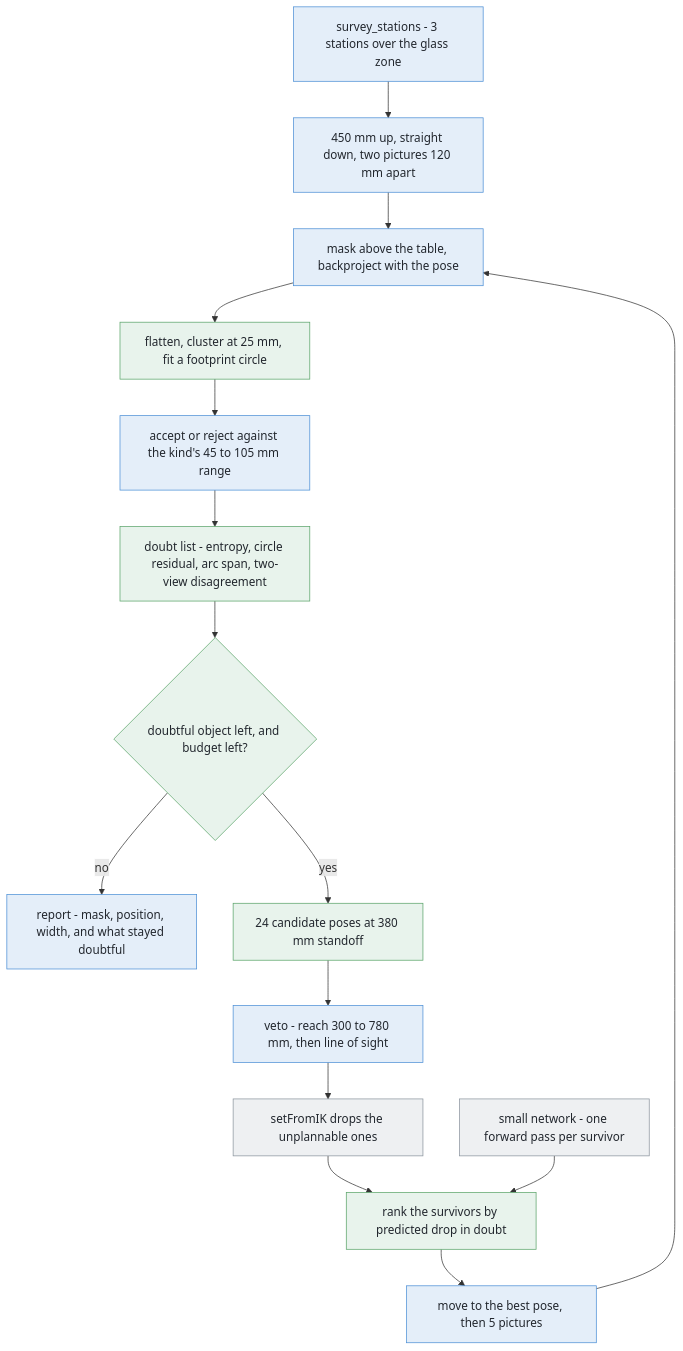
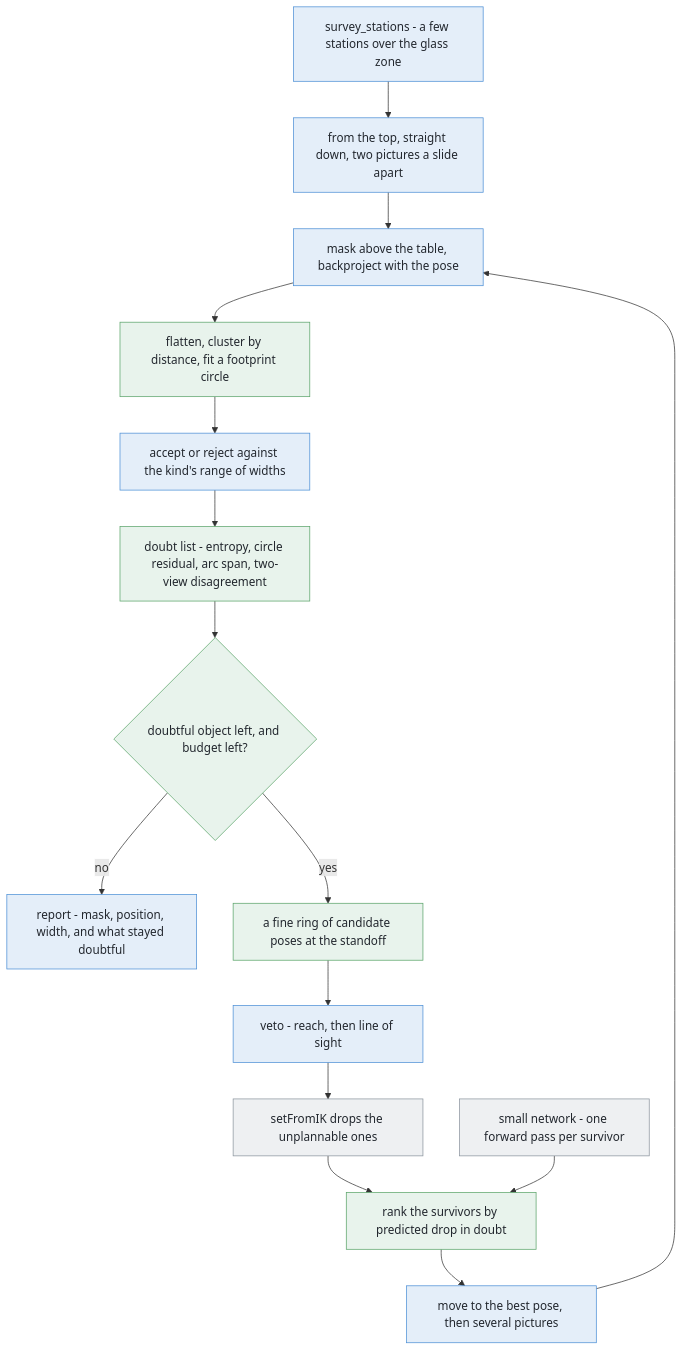
The third of 3 diagrams in v5-pick-glasses/docs/problem-2/solutions/04-learned-doubt-steers-the-next-picture.md (RobinNagpal/robot-arm-projects), drawn with Mermaid before and after one commit. The commit also changed other lines of this file, not shown here.

````diff
--- a/v5-pick-glasses/docs/problem-2/solutions/04-learned-doubt-steers-the-next-picture.md
+++ b/v5-pick-glasses/docs/problem-2/solutions/04-learned-doubt-steers-the-next-picture.md
@@ -255,32 +269,32 @@
 ```mermaid
 flowchart TD
-    E1["survey_stations - 3 stations over the glass zone"] --> E2["450 mm up, straight down, two pictures 120 mm apart"]
+    E1["survey_stations - a few stations over the glass zone"] --> E2["from the top, straight down, two pictures a slide apart"]
     E2 --> E3["mask above the table, backproject with the pose"]
-    E3 --> N1["flatten, cluster at 25 mm, fit a footprint circle"]
-    N1 --> E4["accept or reject against the kind's 45 to 105 mm range"]
+    E3 --> N1["flatten, cluster by distance, fit a footprint circle"]
+    N1 --> E4["accept or reject against the kind's range of widths"]
     E4 --> N2["doubt list - entropy, circle residual, arc span, two-view disagreement"]
     N2 --> D{"doubtful object left, and budget left?"}
     D -- no --> E5["report - mask, position, width, and what stayed doubtful"]
-    D -- yes --> N3["24 candidate poses at 380 mm standoff"]
-    N3 --> E6["veto - reach 300 to 780 mm, then line of sight"]
+    D -- yes --> N3["a fine ring of candidate poses at the standoff"]
+    N3 --> E6["veto - reach, then line of sight"]
     E6 --> L1["setFromIK drops the unplannable ones"]
     L1 --> N4["rank the survivors by predicted drop in doubt"]
     L2["small network - one forward pass per survivor"] --> N4
-    N4 --> E7["move to the best pose, then 5 pictures"]
+    N4 --> E7["move to the best pose, then several pictures"]
     E7 --> E3
 
     style N1 fill:#e8f3ec,stroke:#5aa469,color:#22272e
     style N2 fill:#e8f3ec,stroke:#5aa469,color:#22272e
     style N3 fill:#e8f3ec,stroke:#5aa469,color:#22272e
     style N4 fill:#e8f3ec,stroke:#5aa469,color:#22272e
     style D fill:#e8f3ec,stroke:#5aa469,color:#22272e
     style E1 fill:#e4eef9,stroke:#4c8fd6,color:#22272e
     style E2 fill:#e4eef9,stroke:#4c8fd6,color:#22272e
     style E3 fill:#e4eef9,stroke:#4c8fd6,color:#22272e
     style E4 fill:#e4eef9,stroke:#4c8fd6,color:#22272e
     style E5 fill:#e4eef9,stroke:#4c8fd6,color:#22272e
     style E6 fill:#e4eef9,stroke:#4c8fd6,color:#22272e
     style E7 fill:#e4eef9,stroke:#4c8fd6,color:#22272e
     style L1 fill:#eef0f2,stroke:#8b949e,color:#22272e
     style L2 fill:#eef0f2,stroke:#8b949e,color:#22272e
 ```
````
